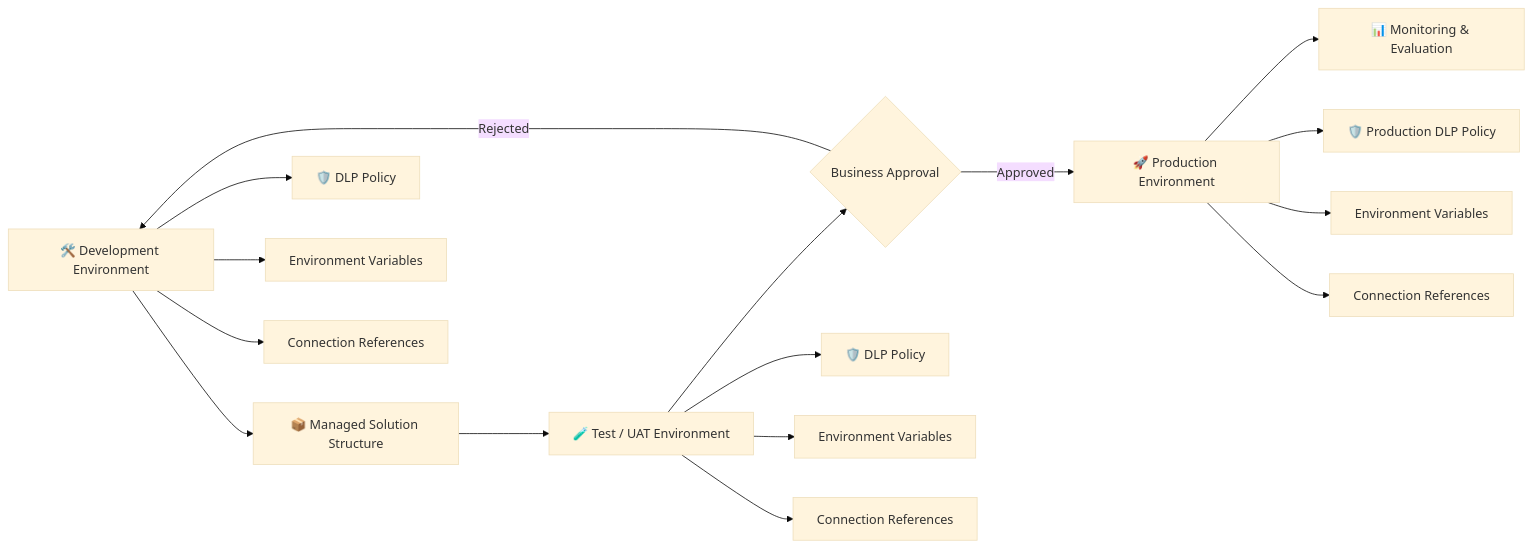
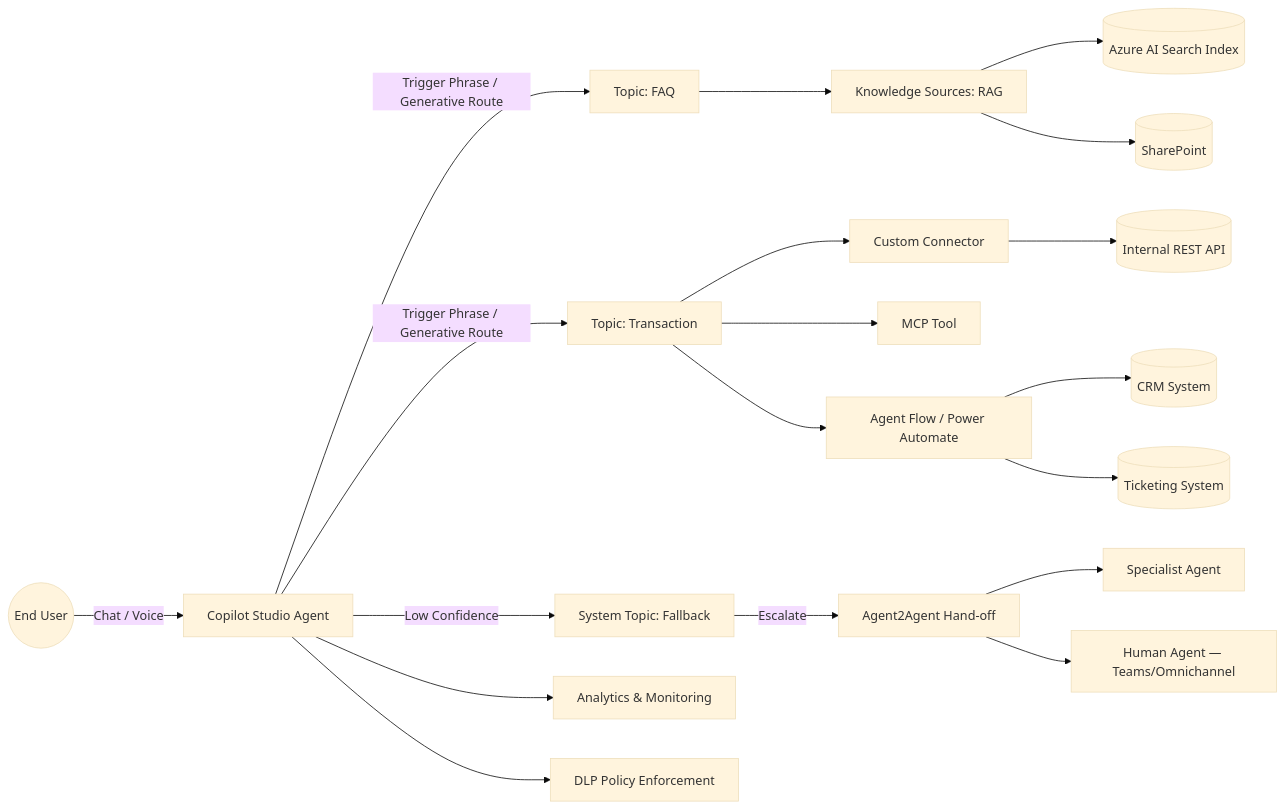
The second of 2 diagrams in README.md (avyuktitech/AB-620_Microsoft_Certified_AI_Agent_Builder_Associate-E-Y_Oct_2026), drawn with Mermaid (base theme) before and after one commit. The commit also changed other lines of this file, not shown here.

````diff
--- a/README.md
+++ b/README.md
@@ -342,29 +113,26 @@
 ```mermaid
 flowchart LR
+    U((End User)) -->|Chat / Voice| Agent[Copilot Studio Agent]
 
-    DEV[🛠️ Development Environment]
+    Agent -->|Trigger Phrase / Generative Route| Topic1[Topic: FAQ]
+    Agent -->|Trigger Phrase / Generative Route| Topic2[Topic: Transaction]
+    Agent -->|Low Confidence| Fallback[System Topic: Fallback]
 
-    DEV --> SOL[📦 Managed Solution Structure]
+    Topic1 --> KB[Knowledge Sources: RAG]
+    KB --> AISearch[(Azure AI Search Index)]
+    KB --> SPO[(SharePoint)]
 
-    SOL --> TEST[🧪 Test / UAT Environment]
+    Topic2 --> Connector[Custom Connector]
+    Connector --> API[(Internal REST API)]
+    Topic2 --> MCP[MCP Tool]
+    Topic2 --> Flow[Agent Flow / Power Automate]
+    Flow --> CRM[(CRM System)]
+    Flow --> Ticket[(Ticketing System)]
 
-    TEST --> APPROVE{Business Approval}
+    Fallback -->|Escalate| A2A[Agent2Agent Hand-off]
+    A2A --> Specialist[Specialist Agent]
+    A2A --> Human[Human Agent — Teams/Omnichannel]
 
-    APPROVE -->|Approved| PROD[🚀 Production Environment]
-
-    APPROVE -->|Rejected| DEV
-
-    PROD --> MON[📊 Monitoring & Evaluation]
-
-    DEV --> DLP1[🛡️ DLP Policy]
-    TEST --> DLP2[🛡️ DLP Policy]
-    PROD --> DLP3[🛡️ Production DLP Policy]
-
-    DEV --> ENV1[Environment Variables]
-    TEST --> ENV2[Environment Variables]
-    PROD --> ENV3[Environment Variables]
-
-    DEV --> CON1[Connection References]
-    TEST --> CON2[Connection References]
-    PROD --> CON3[Connection References]
+    Agent --> Analytics[Analytics & Monitoring]
+    Agent --> DLP[DLP Policy Enforcement]
 ```
````
